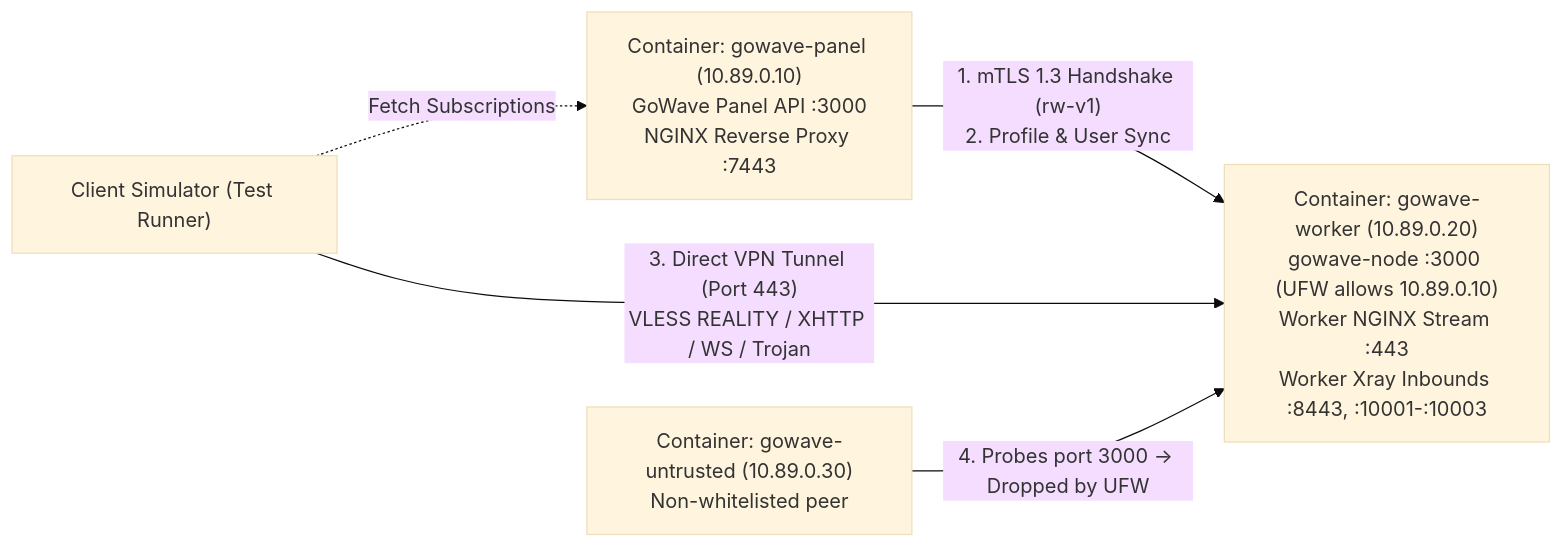
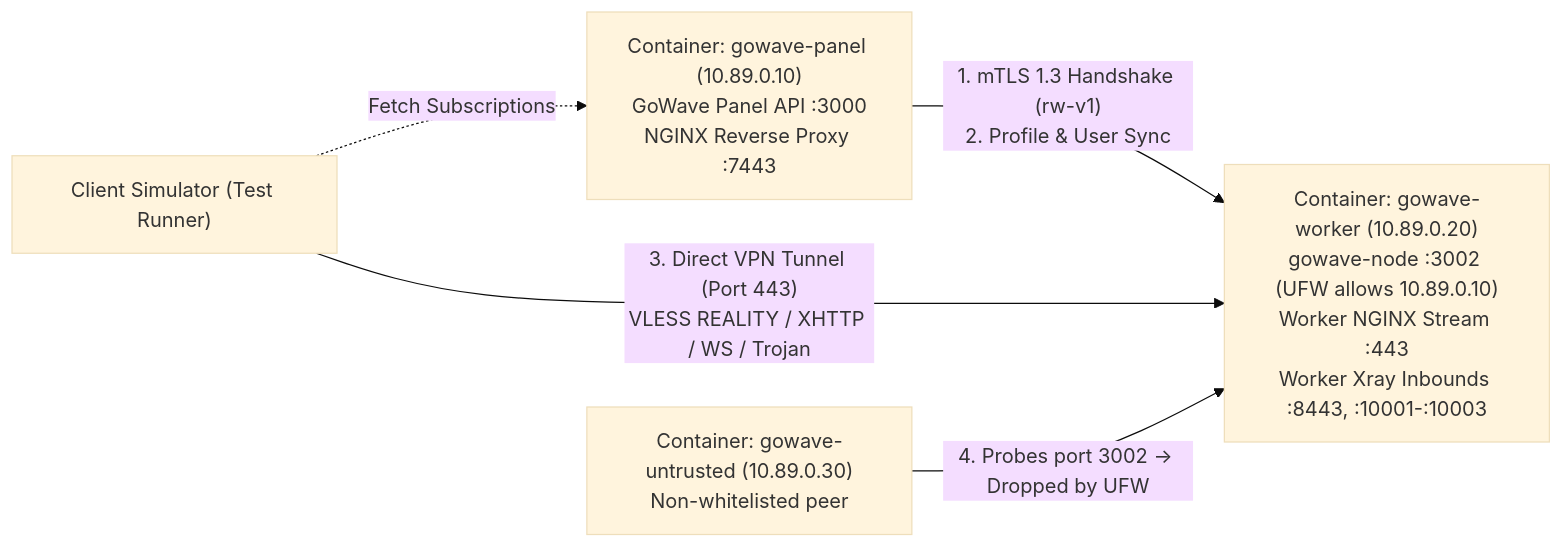
The second of 2 diagrams in openspec/changes/gowave-auto-nginx/TESTING_STRATEGY.md (satanmaker/gowave-auto-nginx), drawn with Mermaid (base theme) before and after one commit. The commit also changed other lines of this file and 7 other files, not shown here.

Commit message:
fix(spec): remediate audit-3 findings (NODE_PORT 3002, Stream IPv6, PROXY headers, journal validation)

````diff
--- a/openspec/changes/gowave-auto-nginx/TESTING_STRATEGY.md
+++ b/openspec/changes/gowave-auto-nginx/TESTING_STRATEGY.md
@@ -251,12 +255,12 @@
 ```mermaid
 flowchart LR
     client["Client Simulator (Test Runner)"]
     panel["Container: gowave-panel (10.89.0.10)<br/>GoWave Panel API :3000<br/>NGINX Reverse Proxy :7443"]
-    worker["Container: gowave-worker (10.89.0.20)<br/>gowave-node :3000 (UFW allows 10.89.0.10)<br/>Worker NGINX Stream :443<br/>Worker Xray Inbounds :8443, :10001-:10003"]
+    worker["Container: gowave-worker (10.89.0.20)<br/>gowave-node :3002 (UFW allows 10.89.0.10)<br/>Worker NGINX Stream :443<br/>Worker Xray Inbounds :8443, :10001-:10003"]
     untrusted["Container: gowave-untrusted (10.89.0.30)<br/>Non-whitelisted peer"]
 
     panel -- "1. mTLS 1.3 Handshake (rw-v1)<br/>2. Profile & User Sync" --> worker
     client -- "3. Direct VPN Tunnel (Port 443)<br/>VLESS REALITY / XHTTP / WS / Trojan" --> worker
-    untrusted -- "4. Probes port 3000 -> Dropped by UFW" --> worker
+    untrusted -- "4. Probes port 3002 -> Dropped by UFW" --> worker
     client -. "Fetch Subscriptions" .-> panel
 ```
````
